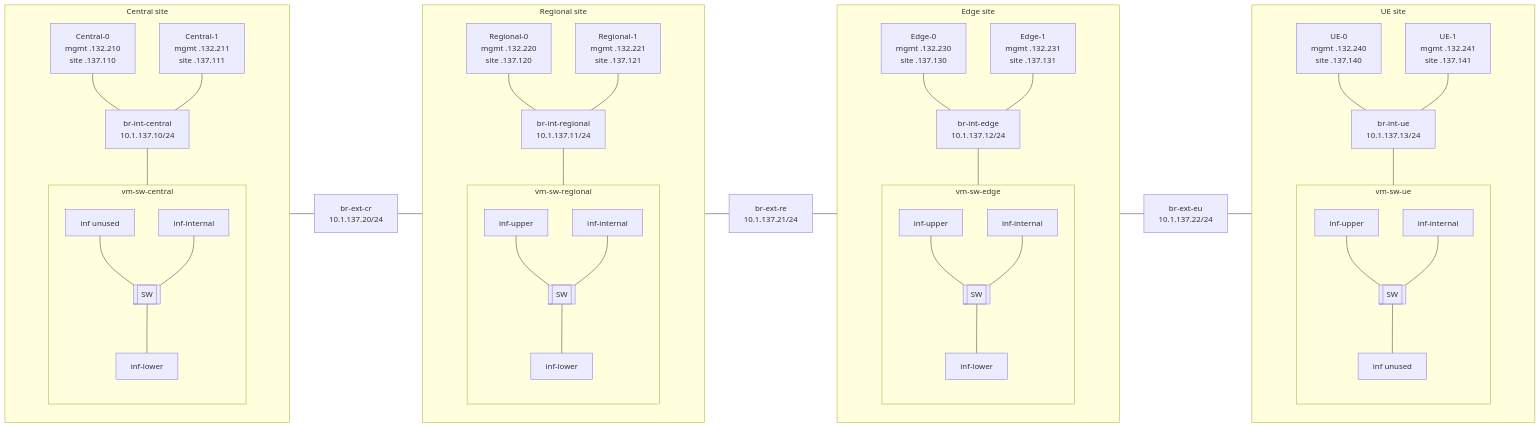
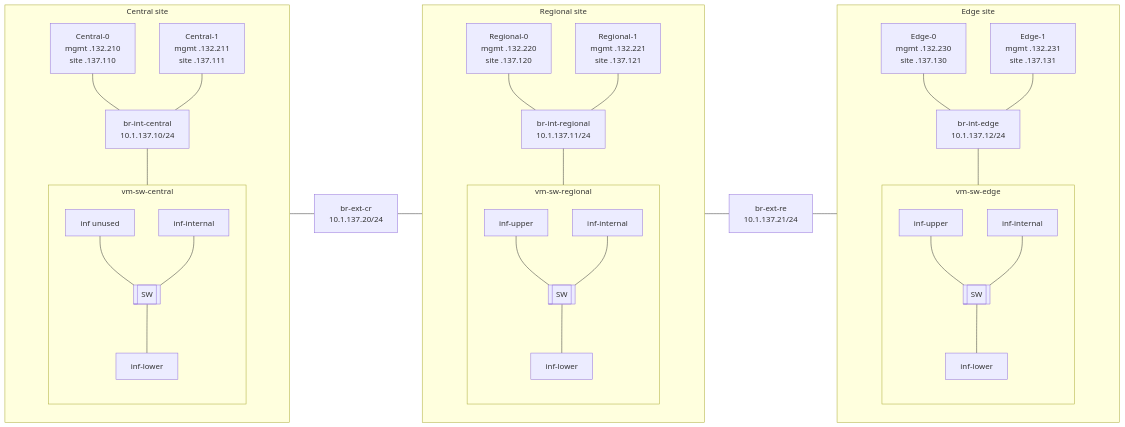
The diagram in docs/testbed.md (FCCLab/INA-Infra), drawn with Mermaid before and after one commit. The commit also changed other lines of this file and 108 other files, not shown here.

````diff
--- a/docs/testbed.md
+++ b/docs/testbed.md
@@ -46,72 +45,54 @@
 ```mermaid
 flowchart LR
   subgraph central["Central site"]
     direction TB
     C0["Central-0<br/>mgmt .132.210<br/>site .137.110"] & C1["Central-1<br/>mgmt .132.211<br/>site .137.111"]
     BC["br-int-central<br/>10.1.137.10/24"]
     subgraph SWC["vm-sw-central"]
       direction TB
       C_IN["inf-internal"]
       C_UP["inf unused"] --- CSW[["SW"]] --- C_LO["inf-lower"]
       C_IN --- CSW
     end
     C0 --- BC
     C1 --- BC
     BC --- C_IN
   end
 
   BCR["br-ext-cr<br/>10.1.137.20/24"]
 
   subgraph regional["Regional site"]
     direction TB
     R0["Regional-0<br/>mgmt .132.220<br/>site .137.120"] & R1["Regional-1<br/>mgmt .132.221<br/>site .137.121"]
     BR["br-int-regional<br/>10.1.137.11/24"]
     subgraph SWR["vm-sw-regional"]
       direction TB
       R_IN["inf-internal"]
       R_UP["inf-upper"] --- RSW[["SW"]] --- R_LO["inf-lower"]
       R_IN --- RSW
     end
     R0 --- BR
     R1 --- BR
     BR --- R_IN
   end
 
   BRE["br-ext-re<br/>10.1.137.21/24"]
 
   subgraph edge["Edge site"]
     direction TB
     E0["Edge-0<br/>mgmt .132.230<br/>site .137.130"] & E1["Edge-1<br/>mgmt .132.231<br/>site .137.131"]
     BE["br-int-edge<br/>10.1.137.12/24"]
     subgraph SWE["vm-sw-edge"]
       direction TB
       E_IN["inf-internal"]
       E_UP["inf-upper"] --- ESW[["SW"]] --- E_LO["inf-lower"]
       E_IN --- ESW
     end
     E0 --- BE
     E1 --- BE
     BE --- E_IN
   end
 
-  BEU["br-ext-eu<br/>10.1.137.22/24"]
-
-  subgraph ue["UE site"]
-    direction TB
-    U0["UE-0<br/>mgmt .132.240<br/>site .137.140"] & U1["UE-1<br/>mgmt .132.241<br/>site .137.141"]
-    BU["br-int-ue<br/>10.1.137.13/24"]
-    subgraph SWU["vm-sw-ue"]
-      direction TB
-      U_IN["inf-internal"]
-      U_UP["inf-upper"] --- USW[["SW"]] --- U_LO["inf unused"]
-      U_IN --- USW
-    end
-    U0 --- BU
-    U1 --- BU
-    BU --- U_IN
-  end
-
   C_LO --- BCR --- R_UP
   R_LO --- BRE --- E_UP
-  E_LO --- BEU --- U_UP
 ```
````
